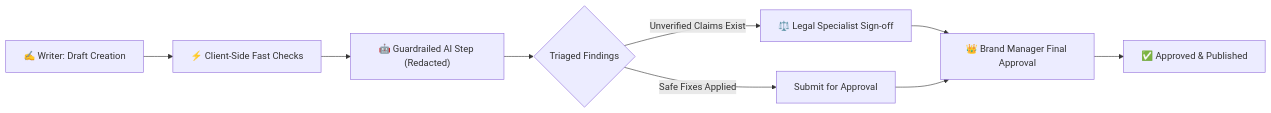
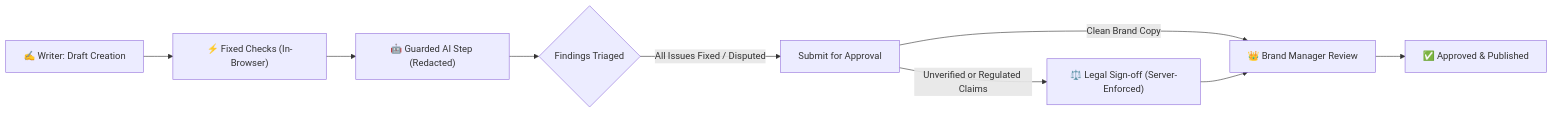
One commit to MohdShahnawaz7465/brandsentinel changed the diagram in README.md. Above: the diagram before and after it, drawn with Mermaid. The commit also changed other lines of this file, not shown here.

````diff
--- a/README.md
+++ b/README.md
@@ -128,11 +161,11 @@
 ```mermaid
 flowchart LR
-    A["✍️ Writer: Draft Creation"] --> B["⚡ Client-Side Fast Checks"]
-    B --> C["🤖 Guardrailed AI Step (Redacted)"]
-    C --> D{"Triaged Findings"}
-    D -->|"Safe Fixes Applied"| E["Submit for Approval"]
-    D -->|"Unverified Claims Exist"| F["⚖️ Legal Specialist Sign-off"]
-    F --> G["👑 Brand Manager Final Approval"]
-    E --> G
+    A["✍️ Writer: Draft Creation"] --> B["⚡ Fixed Checks (In-Browser)"]
+    B --> C["🤖 Guarded AI Step (Redacted)"]
+    C --> D{"Findings Triaged"}
+    D -->|"All Issues Fixed / Disputed"| E["Submit for Approval"]
+    E -->|"Unverified or Regulated Claims"| F["⚖️ Legal Sign-off (Server-Enforced)"]
+    E -->|"Clean Brand Copy"| G["👑 Brand Manager Review"]
+    F --> G
     G --> H["✅ Approved & Published"]
 ```
````
